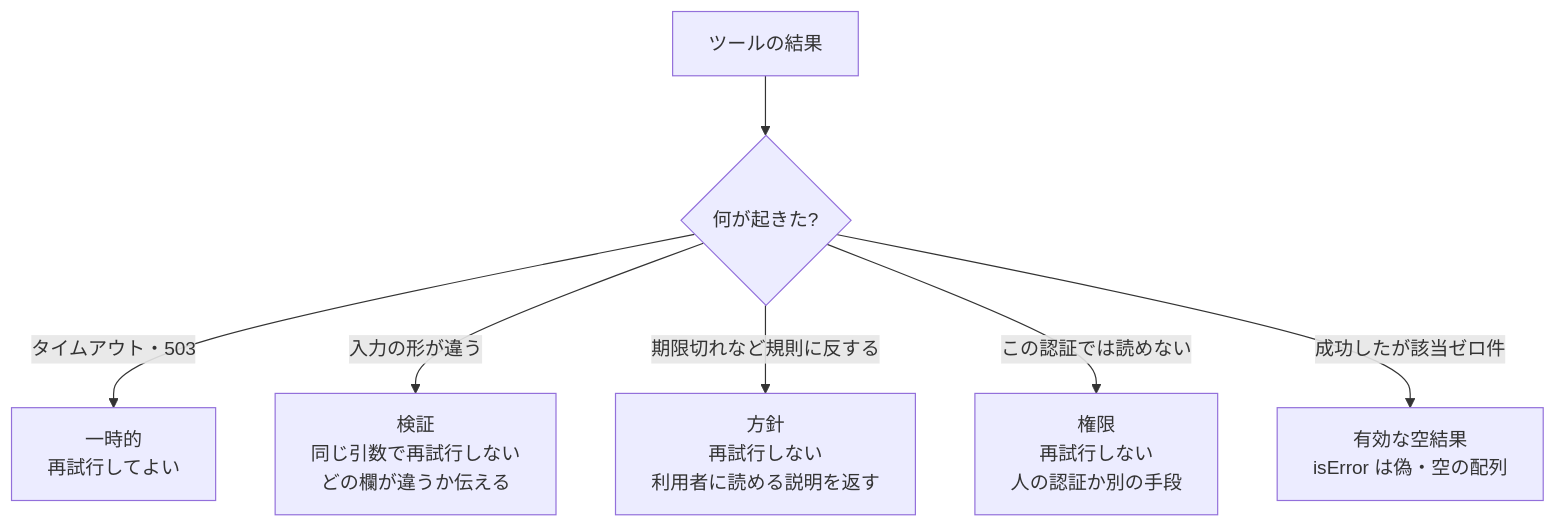
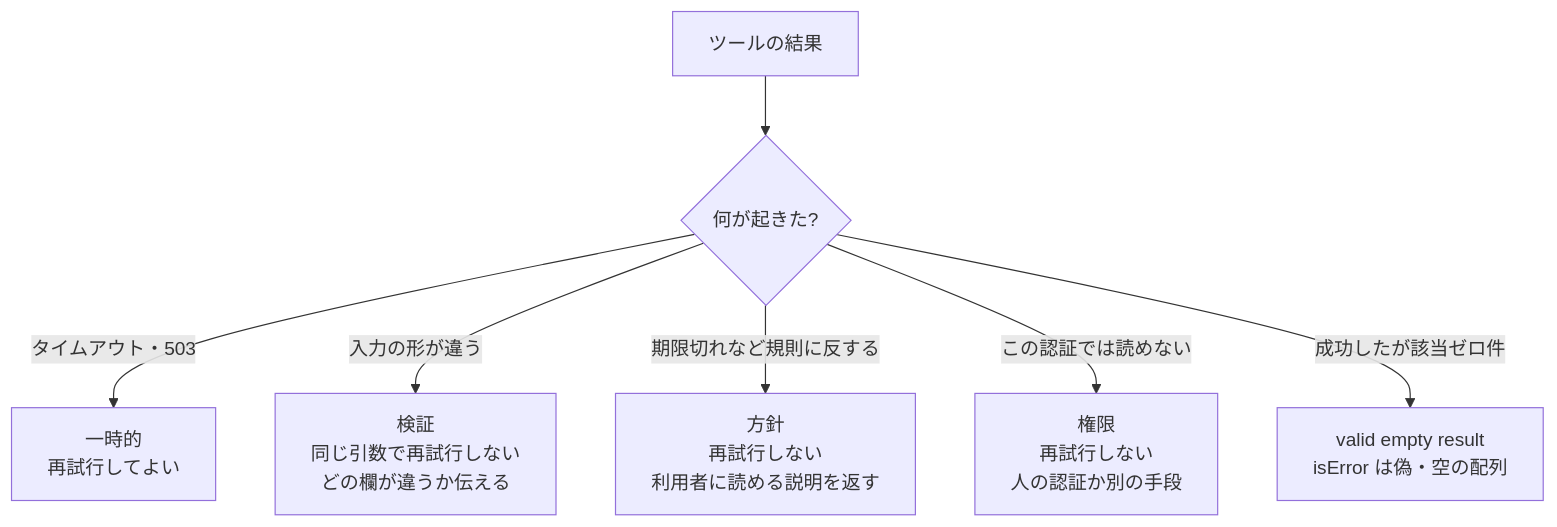
Before and after one commit to RIN-POKO/Studying_CertificationExams: the second of 6 diagrams in CCAR-F対策/CCAR-F対策_原本/02-ツール設計とMCP統合.md, drawn with Mermaid. The commit also changed other lines of this file and 6 other files, not shown here.

````diff
--- a/CCAR-F対策/CCAR-F対策_原本/02-ツール設計とMCP統合.md
+++ b/CCAR-F対策/CCAR-F対策_原本/02-ツール設計とMCP統合.md
@@ -145,9 +145,9 @@
 ```mermaid
 flowchart TD
   F[ツールの結果] --> Q{何が起きた?}
   Q -->|タイムアウト・503| T[一時的<br>再試行してよい]
   Q -->|入力の形が違う| V[検証<br>同じ引数で再試行しない<br>どの欄が違うか伝える]
   Q -->|期限切れなど規則に反する| P[方針<br>再試行しない<br>利用者に読める説明を返す]
   Q -->|この認証では読めない| A[権限<br>再試行しない<br>人の認証か別の手段]
-  Q -->|成功したが該当ゼロ件| Z[有効な空結果<br>isError は偽・空の配列]
+  Q -->|成功したが該当ゼロ件| Z[valid empty result<br>isError は偽・空の配列]
 ```
````
